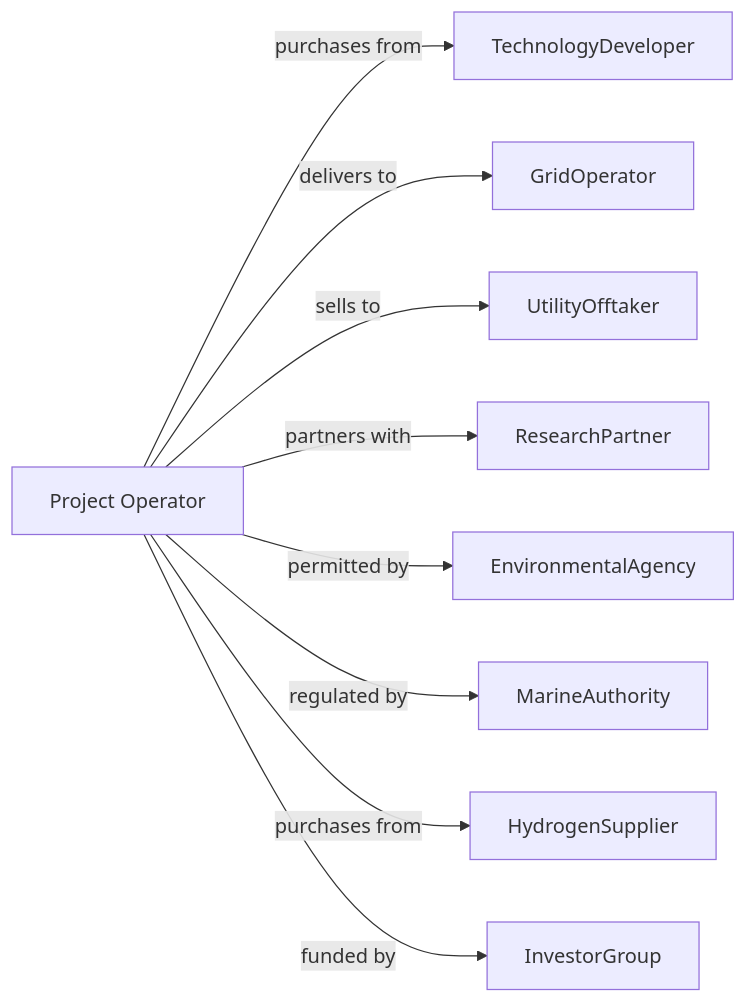
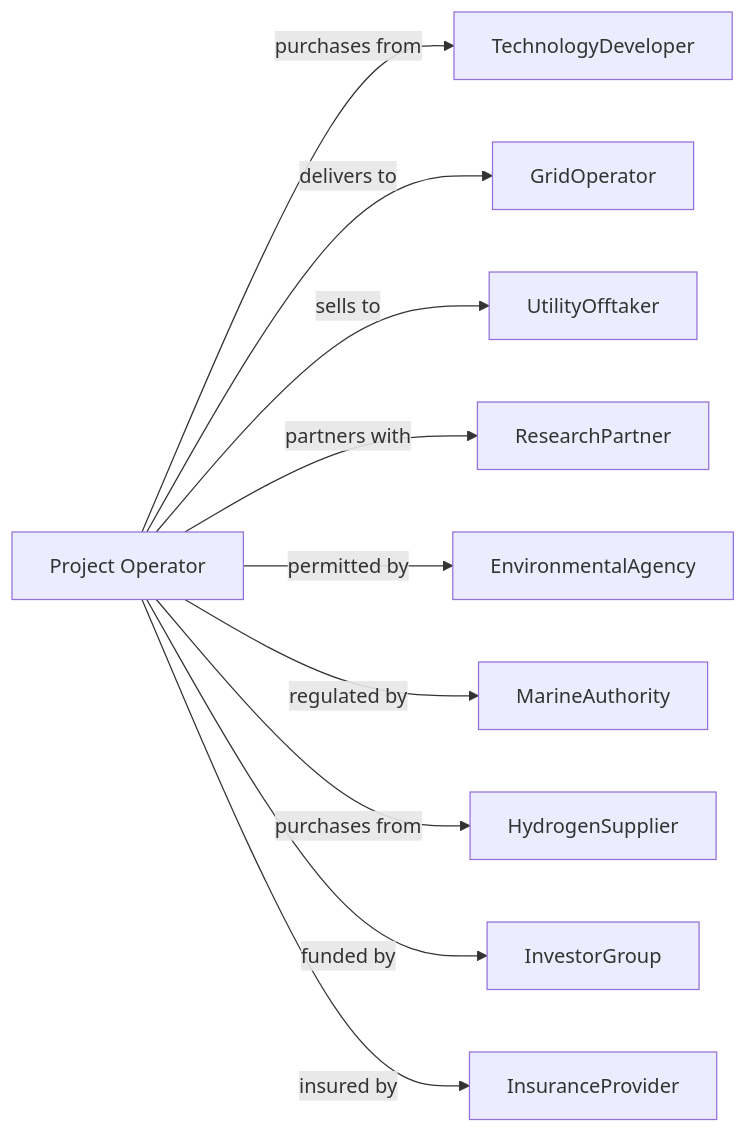
The second of 2 diagrams in Utilities/Utilities/ElectricPowerGenerationTransmissionAndDistribution/OtherElectricPowerGeneration.mdx (dot-org-ai/industries.org.ai), drawn with Mermaid before and after one commit. The commit also changed 588 other files, not shown here.

````diff
--- a/Utilities/Utilities/ElectricPowerGenerationTransmissionAndDistribution/OtherElectricPowerGeneration.mdx
+++ b/Utilities/Utilities/ElectricPowerGenerationTransmissionAndDistribution/OtherElectricPowerGeneration.mdx
@@ -136,13 +136,14 @@
 ```mermaid
 graph LR
     P[Project Operator]
 
     P -->|purchases from| TechnologyDeveloper
     P -->|delivers to| GridOperator
     P -->|sells to| UtilityOfftaker
     P -->|partners with| ResearchPartner
     P -->|permitted by| EnvironmentalAgency
     P -->|regulated by| MarineAuthority
     P -->|purchases from| HydrogenSupplier
     P -->|funded by| InvestorGroup
+    P -->|insured by| InsuranceProvider
 ```
````
